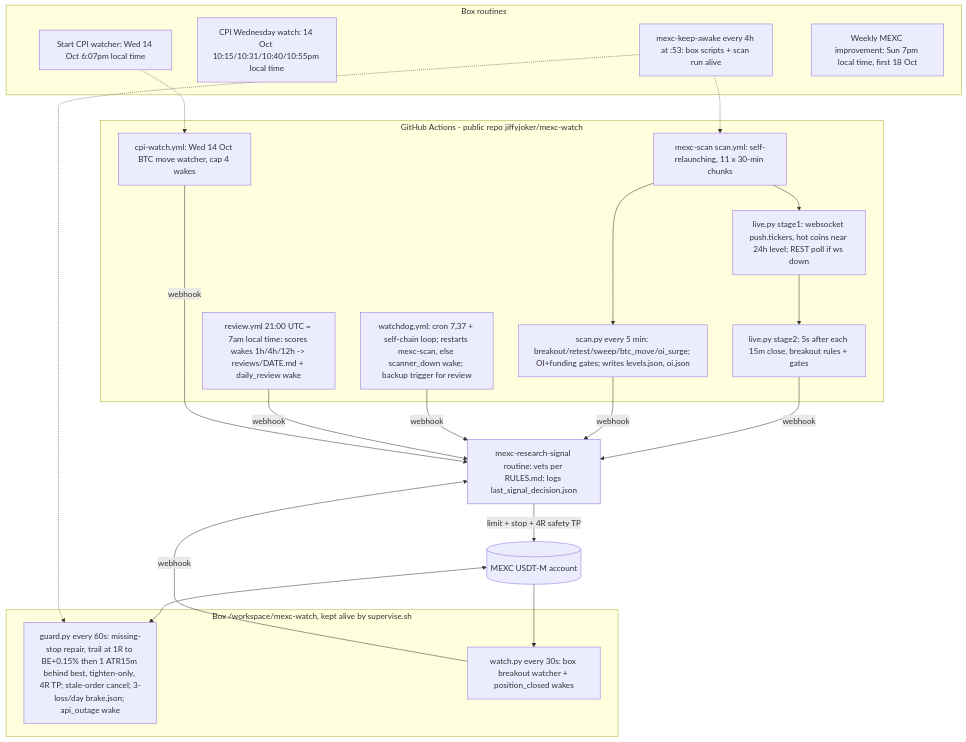
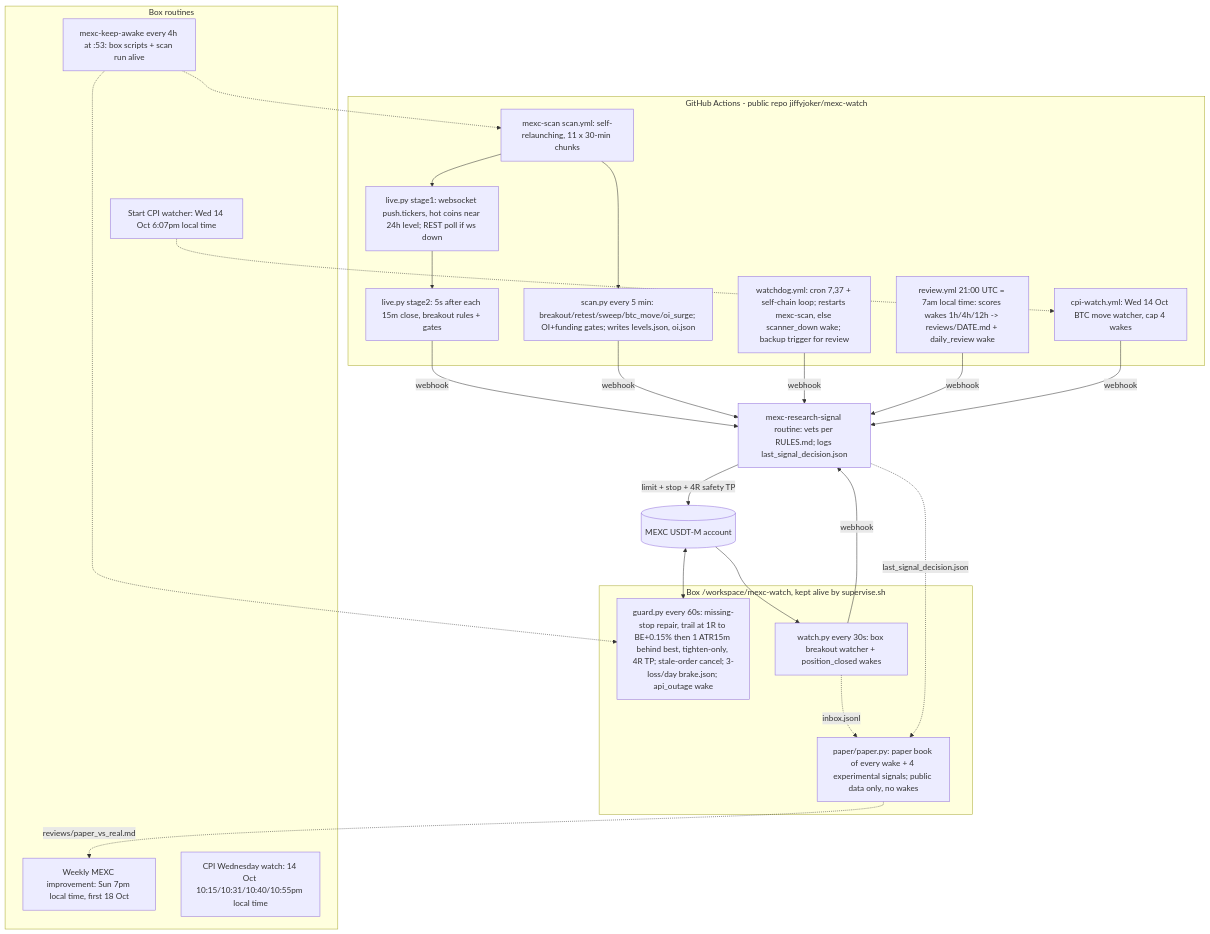
Before and after one commit to jiffyjoker/mexc-watch: the diagram in SYSTEM_MAP.md, drawn with Mermaid. The commit also changed other lines of this file, not shown here.

Commit message:
system map: paper book + experimental signals

````diff
--- a/SYSTEM_MAP.md
+++ b/SYSTEM_MAP.md
@@ -5,35 +5,39 @@
 ```mermaid
 flowchart TD
   subgraph GH[GitHub Actions - public repo jiffyjoker/mexc-watch]
     SCAN[mexc-scan scan.yml: self-relaunching, 11 x 30-min chunks]
     WS[live.py stage1: websocket push.tickers, hot coins near 24h level; REST poll if ws down]
     S2[live.py stage2: 5s after each 15m close, breakout rules + gates]
     REST[scan.py every 5 min: breakout/retest/sweep/btc_move/oi_surge; OI+funding gates; writes levels.json, oi.json]
     WD[watchdog.yml: cron 7,37 + self-chain loop; restarts mexc-scan, else scanner_down wake; backup trigger for review]
     RV[review.yml 21:00 UTC = 7am local time: scores wakes 1h/4h/12h -> reviews/DATE.md + daily_review wake]
     CPI[cpi-watch.yml: Wed 14 Oct BTC move watcher, cap 4 wakes]
     SCAN --> WS --> S2
     SCAN --> REST
   end
   S2 -->|webhook| R[mexc-research-signal routine: vets per RULES.md; logs last_signal_decision.json]
   REST -->|webhook| R
   WD -->|webhook| R
   RV -->|webhook| R
   CPI -->|webhook| R
   R -->|limit + stop + 4R safety TP| MEXC[(MEXC USDT-M account)]
   subgraph BOX[Box /workspace/mexc-watch, kept alive by supervise.sh]
     G[guard.py every 60s: missing-stop repair, trail at 1R to BE+0.15% then 1 ATR15m behind best, tighten-only, 4R TP; stale-order cancel; 3-loss/day brake.json; api_outage wake]
     W[watch.py every 30s: box breakout watcher + position_closed wakes]
+    PB[paper/paper.py: paper book of every wake + 4 experimental signals; public data only, no wakes]
   end
   MEXC <--> G
   MEXC --> W -->|webhook| R
+  W -.->|inbox.jsonl| PB
+  R -.->|last_signal_decision.json| PB
+  PB -.->|reviews/paper_vs_real.md| WK
   subgraph RT[Box routines]
     KA[mexc-keep-awake every 4h at :53: box scripts + scan run alive]
     CW[CPI Wednesday watch: 14 Oct 10:15/10:31/10:40/10:55pm local time]
     SC[Start CPI watcher: Wed 14 Oct 6:07pm local time]
     WK[Weekly MEXC improvement: Sun 7pm local time, first 18 Oct]
   end
   KA -.-> SCAN
   KA -.-> G
   SC -.-> CPI
 ```
````
